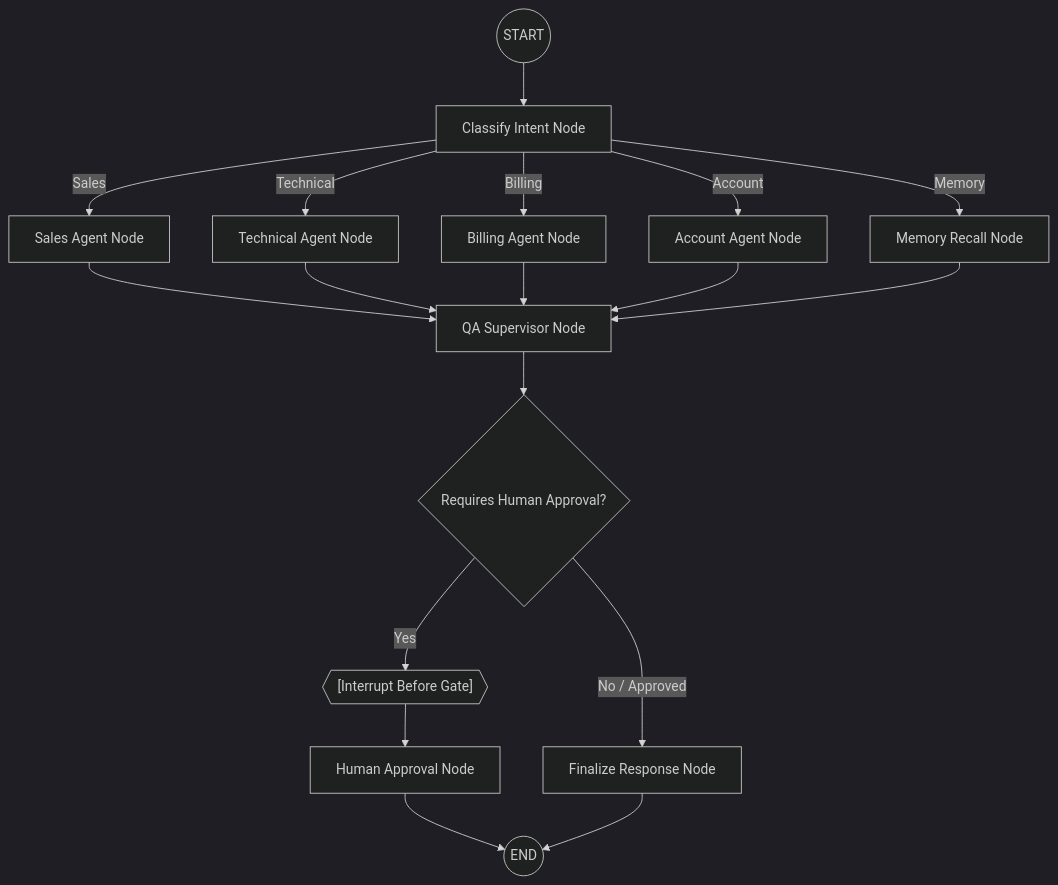
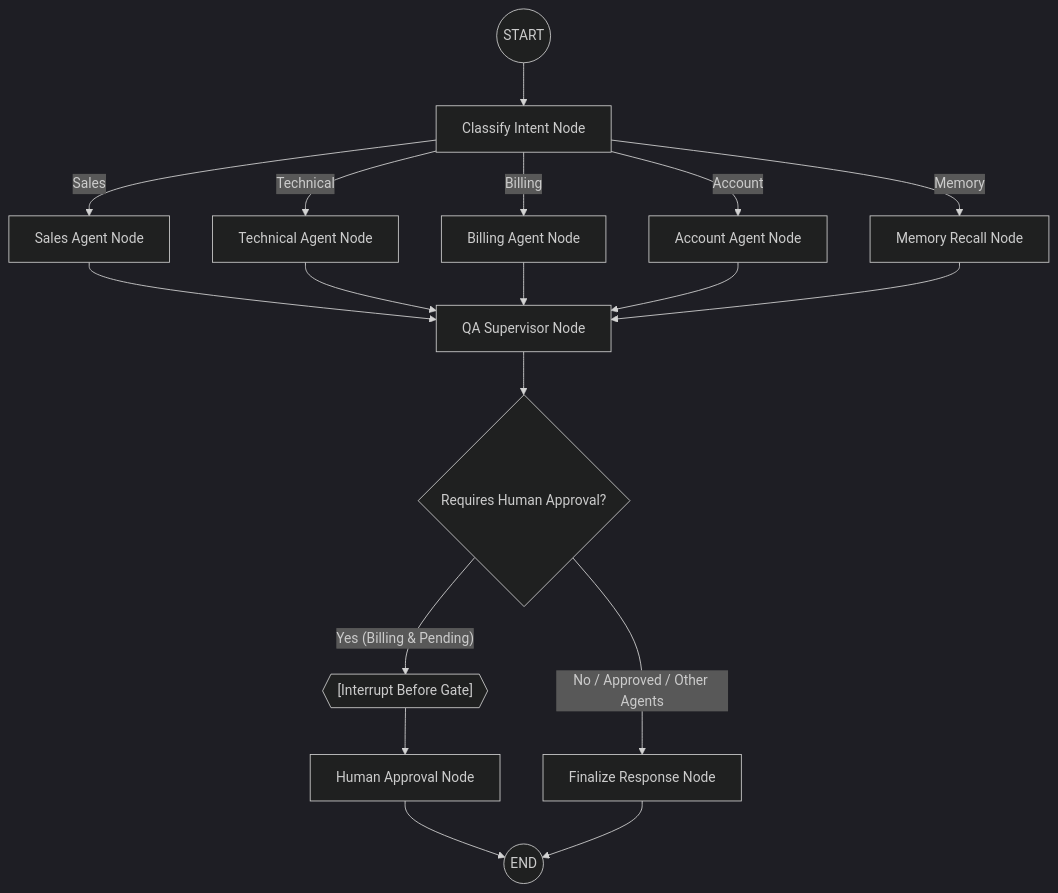
Before and after one commit to PrathamR015/AI-Powered-Customer-Support-Automation-System: the diagram in README.md, drawn with Mermaid (dark theme). The commit also changed other lines of this file, not shown here.

Commit message:
Readme Architecture diagram updated

````diff
--- a/README.md
+++ b/README.md
@@ -20,25 +20,25 @@
 ```mermaid
 graph TD
     START((START)) --> Classify[Classify Intent Node]
     
     Classify -- "Sales" --> SalesAgent[Sales Agent Node]
     Classify -- "Technical" --> TechAgent[Technical Agent Node]
     Classify -- "Billing" --> BillingAgent[Billing Agent Node]
     Classify -- "Account" --> AccountAgent[Account Agent Node]
     Classify -- "Memory" --> MemoryAgent[Memory Recall Node]
     
     SalesAgent --> Supervisor[QA Supervisor Node]
     TechAgent --> Supervisor
     BillingAgent --> Supervisor
     AccountAgent --> Supervisor
     MemoryAgent --> Supervisor
     
     Supervisor --> Router{Requires Human Approval?}
     
-    Router -- "Yes" --> InterruptGate{{"[Interrupt Before Gate]"}}
+    Router -- "Yes (Billing & Pending)" --> InterruptGate{{"[Interrupt Before Gate]"}}
     InterruptGate --> HumanAppr[Human Approval Node]
     HumanAppr --> END((END))
     
-    Router -- "No / Approved" --> Finalize[Finalize Response Node]
+    Router -- "No / Approved / Other Agents" --> Finalize[Finalize Response Node]
     Finalize --> END
 ```
````
